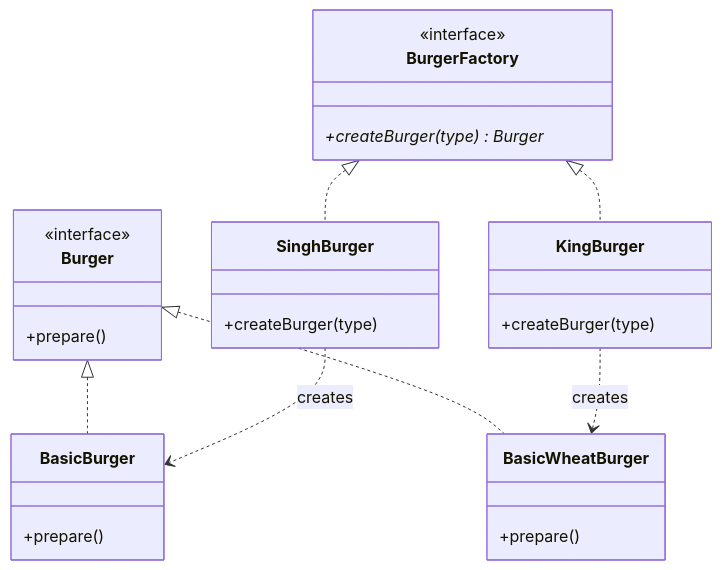
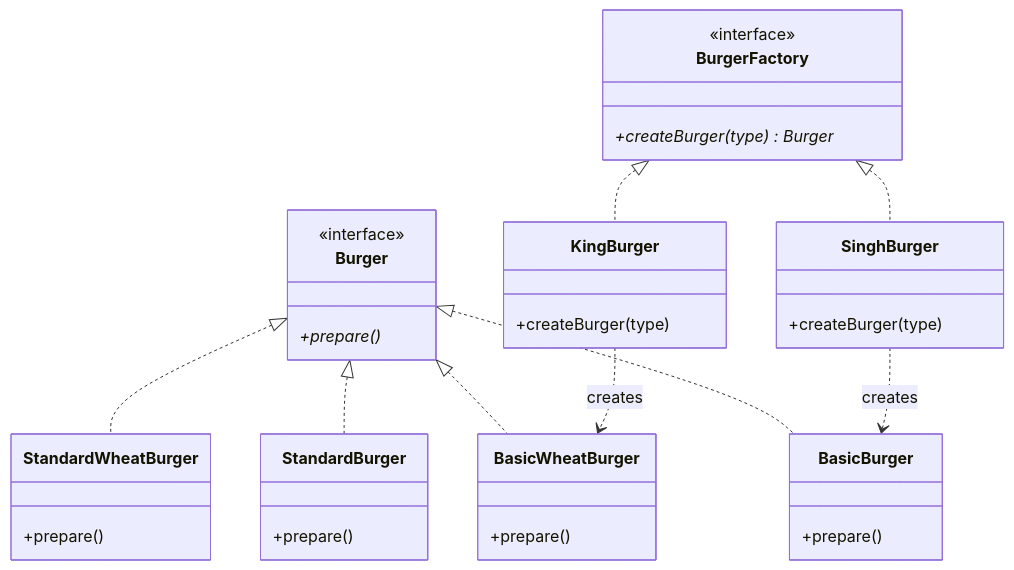
One commit to subhm2004/LLD changed the first of 2 diagrams in L9 Factory_Design_Pattern/notes/02_Factory_Method.md. Above: the diagram before and after it, drawn with Mermaid. The commit also changed other lines of this file and 7 other files, not shown here.

````diff
--- a/L9 Factory_Design_Pattern/notes/02_Factory_Method.md
+++ b/L9 Factory_Design_Pattern/notes/02_Factory_Method.md
@@ -56,26 +82,30 @@
 ```mermaid
 classDiagram
     class Burger {
         <<interface>>
-        +prepare()
+        +prepare()*
     }
     class BurgerFactory {
         <<interface>>
-        +createBurger(type) Burger*
+        +createBurger(type)* Burger
     }
     class SinghBurger {
         +createBurger(type)
     }
     class KingBurger {
         +createBurger(type)
     }
     class BasicBurger { +prepare() }
+    class StandardBurger { +prepare() }
     class BasicWheatBurger { +prepare() }
+    class StandardWheatBurger { +prepare() }
 
     Burger <|.. BasicBurger
+    Burger <|.. StandardBurger
     Burger <|.. BasicWheatBurger
+    Burger <|.. StandardWheatBurger
     BurgerFactory <|.. SinghBurger
     BurgerFactory <|.. KingBurger
     SinghBurger ..> BasicBurger : creates
     KingBurger ..> BasicWheatBurger : creates
 ```
````
